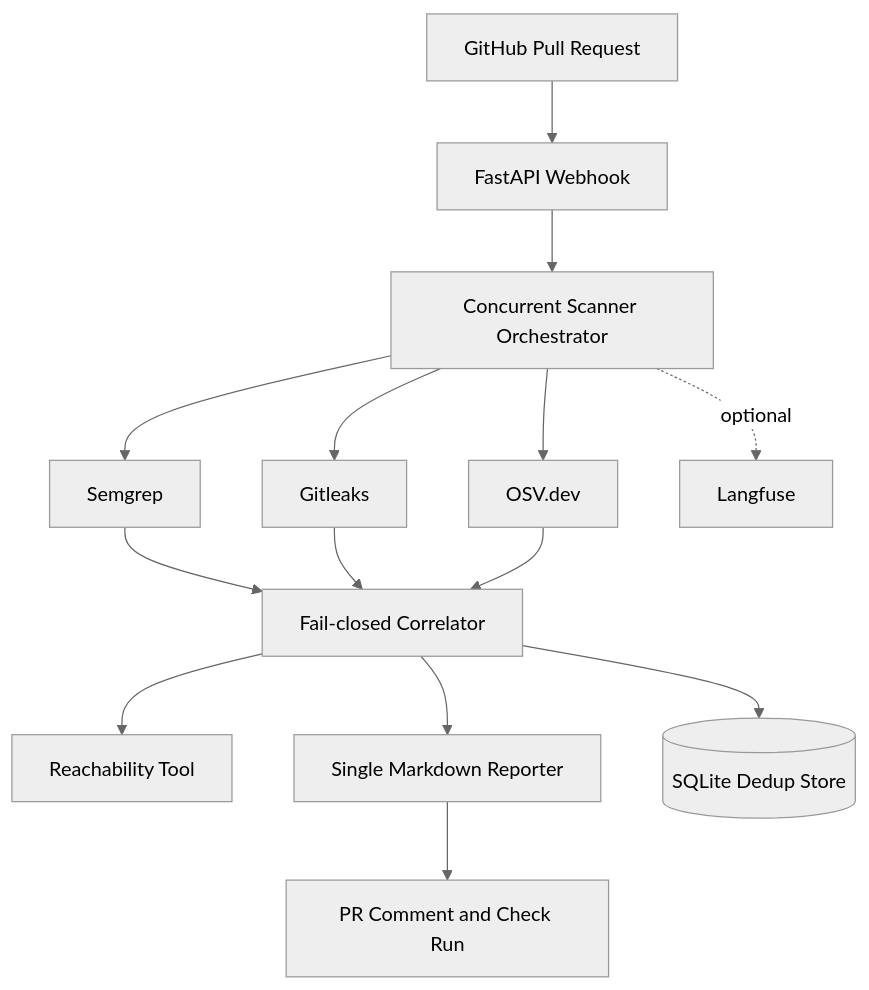
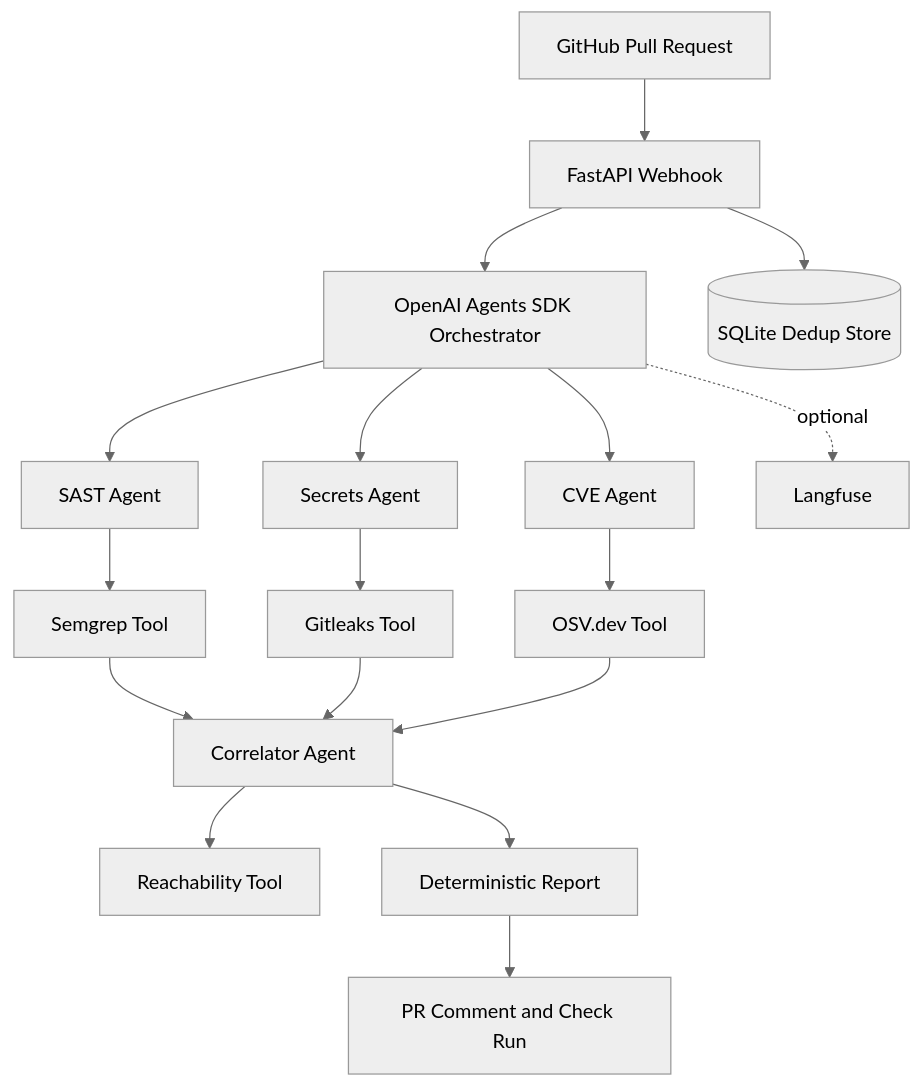
Before and after one commit to Pratibh29/Gatekeeper: the diagram in README.md, drawn with Mermaid (neutral theme). The commit also changed other lines of this file and 9 other files, not shown here.

````diff
--- a/README.md
+++ b/README.md
@@ -9,16 +9,19 @@
 ```mermaid
 flowchart TD
     A[GitHub Pull Request] --> B[FastAPI Webhook]
-    B --> C[Concurrent Scanner Orchestrator]
-    C --> D[Semgrep]
-    C --> E[Gitleaks]
-    C --> F[OSV.dev]
-    D --> G[Fail-closed Correlator]
-    E --> G
-    F --> G
-    G --> H[Reachability Tool]
-    G --> I[Single Markdown Reporter]
-    I --> J[PR Comment and Check Run]
-    G --> K[(SQLite Dedup Store)]
-    C -. optional .-> L[Langfuse]
+    B --> C[OpenAI Agents SDK Orchestrator]
+    C --> D[SAST Agent]
+    C --> E[Secrets Agent]
+    C --> F[CVE Agent]
+    D --> G[Semgrep Tool]
+    E --> H[Gitleaks Tool]
+    F --> I[OSV.dev Tool]
+    G --> J[Correlator Agent]
+    H --> J
+    I --> J
+    J --> K[Reachability Tool]
+    J --> L[Deterministic Report]
+    L --> M[PR Comment and Check Run]
+    B --> N[(SQLite Dedup Store)]
+    C -. optional .-> O[Langfuse]
 ```
````
